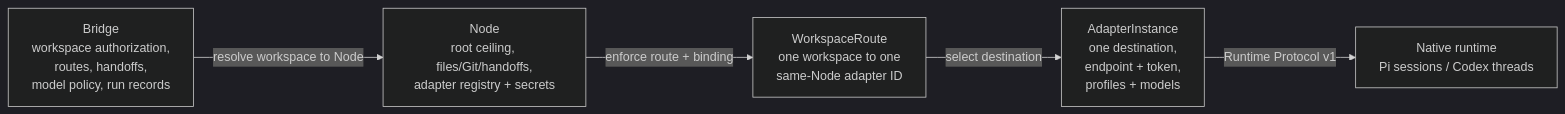
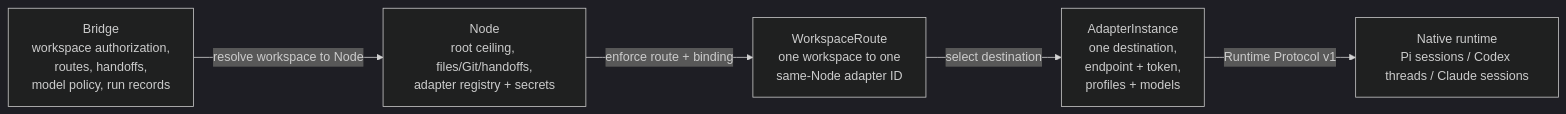
The second of 5 diagrams in docs/ARCHITECTURE.md (sheldonxxxx/workspace-bridge), drawn with Mermaid (dark theme) before and after one commit. The commit also changed other lines of this file and 68 other files, not shown here.

First line of the commit message:
release: 0.2.0 with Claude Code runtime and public launch polish

````diff
--- a/docs/ARCHITECTURE.md
+++ b/docs/ARCHITECTURE.md
@@ -68,12 +75,12 @@
 ```mermaid
 flowchart LR
     Bridge["Bridge<br/>workspace authorization,<br/>routes, handoffs,<br/>model policy, run records"]
     Node["Node<br/>root ceiling, files/Git/handoffs,<br/>adapter registry + secrets"]
     Route["WorkspaceRoute<br/>one workspace to one<br/>same-Node adapter ID"]
     Adapter["AdapterInstance<br/>one destination,<br/>endpoint + token,<br/>profiles + models"]
-    Native["Native runtime<br/>Pi sessions / Codex threads"]
+    Native["Native runtime<br/>Pi sessions / Codex threads / Claude sessions"]
     Bridge -->|"resolve workspace to Node"| Node
     Node -->|"enforce route + binding"| Route
     Route -->|"select destination"| Adapter
     Adapter -->|"Runtime Protocol v1"| Native
 ```
````
